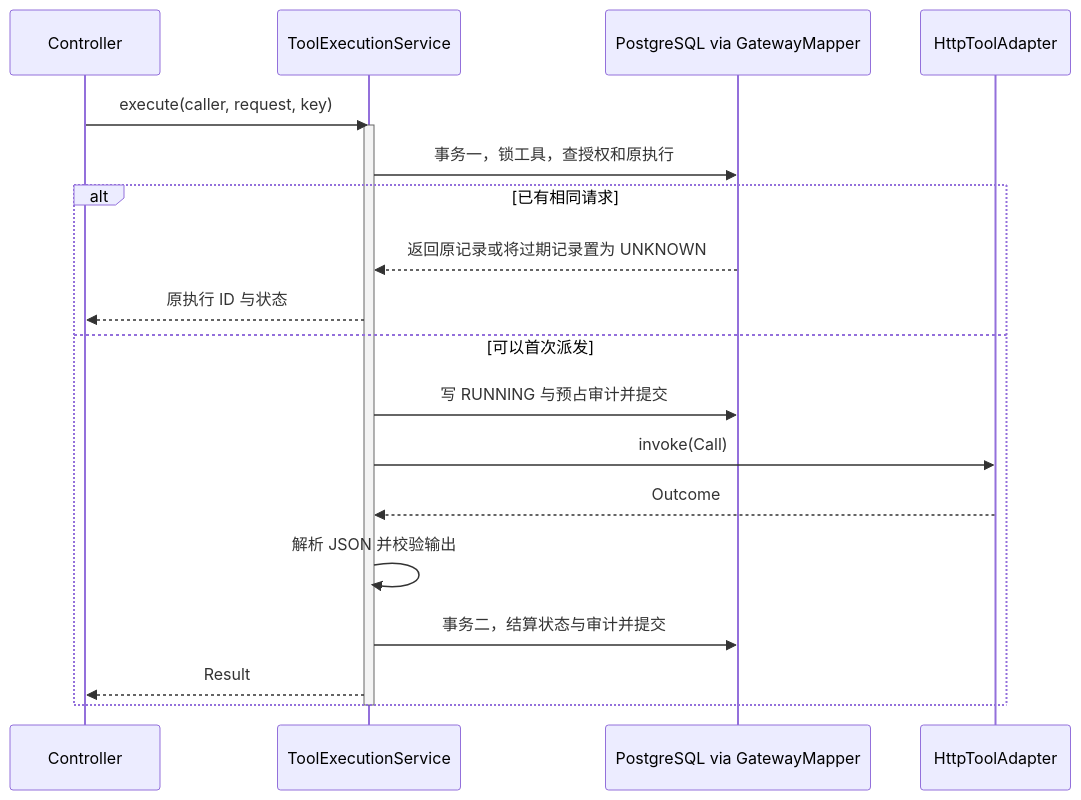
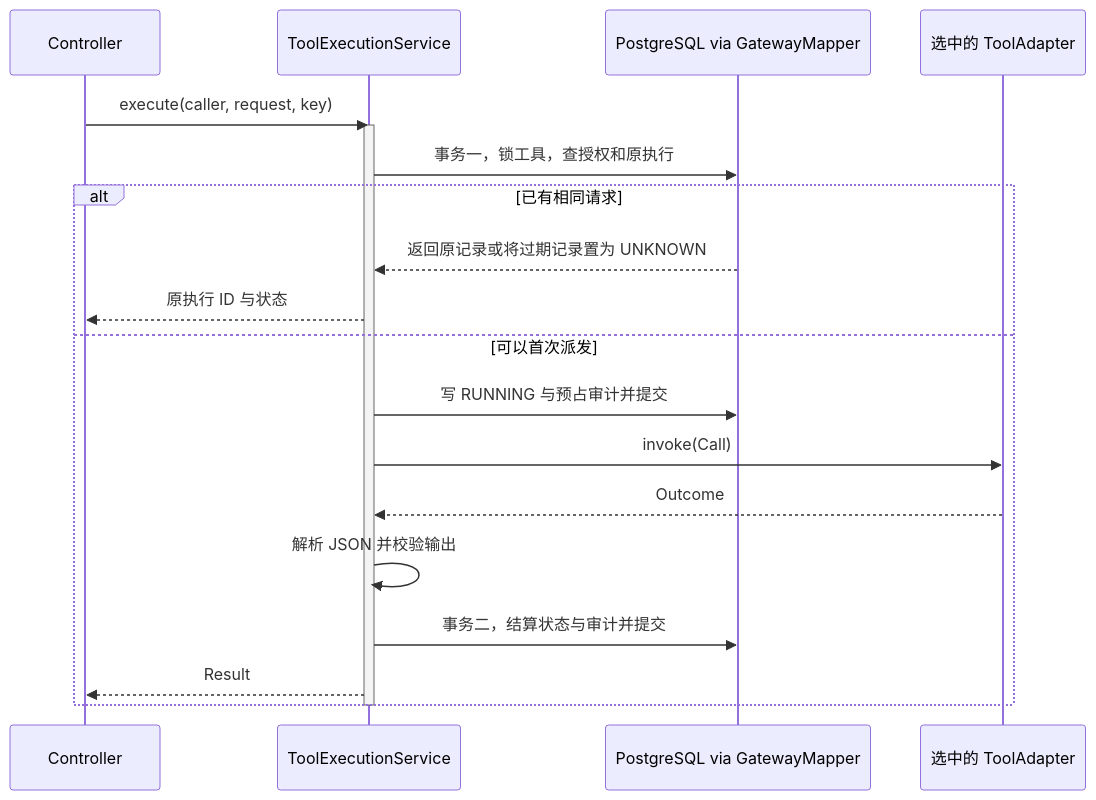
Before and after one commit to 1625753348/mySuperClaw: the third of 3 diagrams in docs/implementation/tool-gateway.md, drawn with Mermaid. The commit also changed other lines of this file and 36 other files, not shown here.

````diff
--- a/docs/implementation/tool-gateway.md
+++ b/docs/implementation/tool-gateway.md
@@ -115,22 +139,22 @@
 ```mermaid
 sequenceDiagram
     participant C as Controller
     participant S as ToolExecutionService
     participant D as PostgreSQL via GatewayMapper
-    participant H as HttpToolAdapter
+    participant H as 选中的 ToolAdapter
     C->>S: execute(caller, request, key)
     activate S
     S->>D: 事务一，锁工具，查授权和原执行
     alt 已有相同请求
         D-->>S: 返回原记录或将过期记录置为 UNKNOWN
         S-->>C: 原执行 ID 与状态
     else 可以首次派发
         S->>D: 写 RUNNING 与预占审计并提交
         S->>H: invoke(Call)
         H-->>S: Outcome
         S->>S: 解析 JSON 并校验输出
         S->>D: 事务二，结算状态与审计并提交
         S-->>C: Result
     end
     deactivate S
 ```
````
